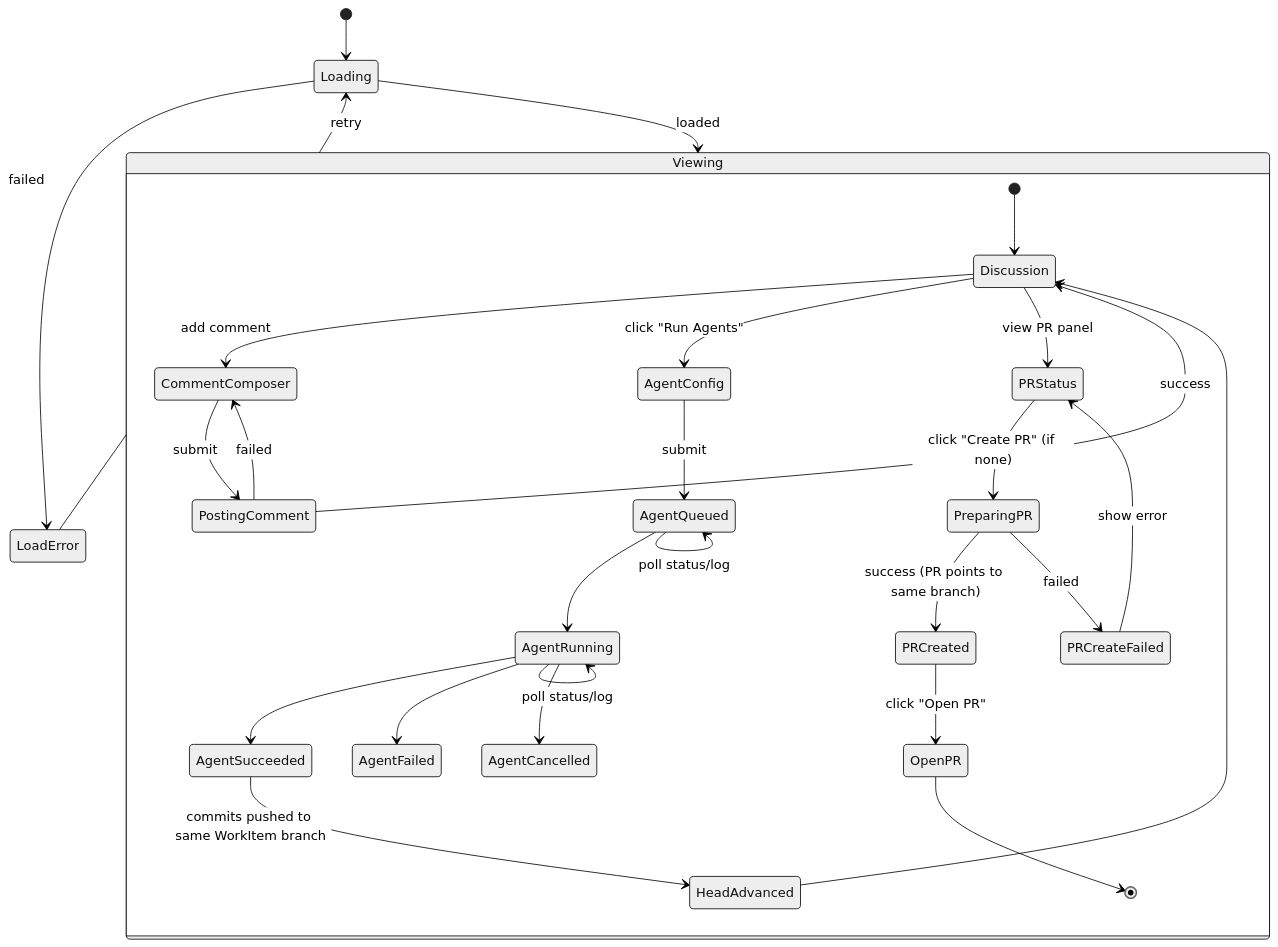
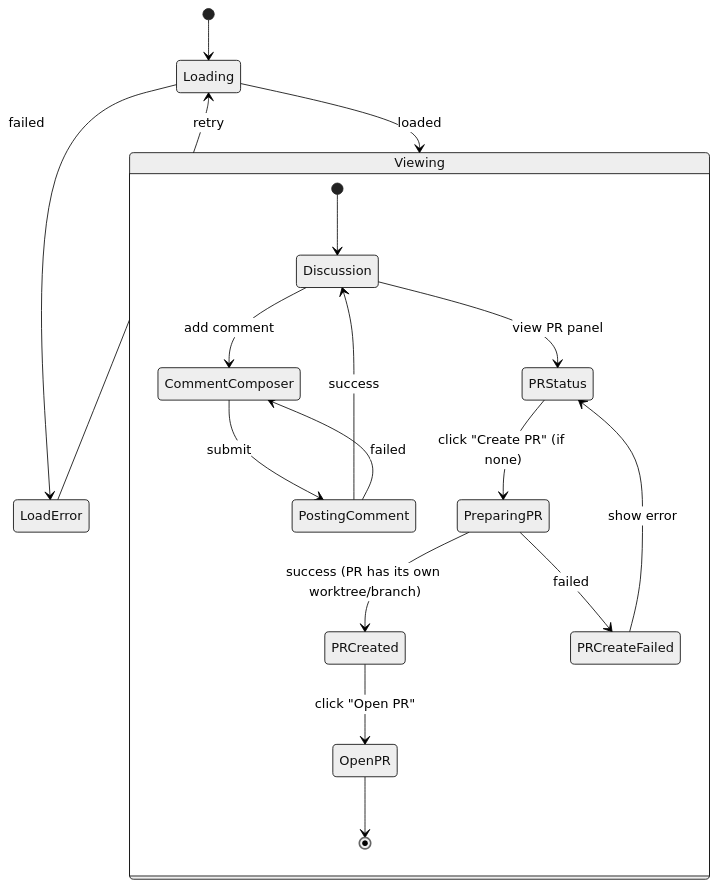
Before and after one commit to LaurenceLong/git-vibe: the fifth of 7 diagrams in FRONTEND_UML.md, drawn with Mermaid (neutral theme). The commit also changed other lines of this file and 22 other files, not shown here.

````diff
--- a/FRONTEND_UML.md
+++ b/FRONTEND_UML.md
@@ -129,40 +135,26 @@
 ```mermaid
 stateDiagram-v2
   [*] --> Loading
   Loading --> Viewing: loaded
   Loading --> LoadError: failed
   LoadError --> Loading: retry
 
   state Viewing {
     [*] --> Discussion
 
     Discussion --> CommentComposer: add comment
     CommentComposer --> PostingComment: submit
     PostingComment --> Discussion: success
     PostingComment --> CommentComposer: failed
 
-    %% Agent run on the WorkItem branch/worktree
-    Discussion --> AgentConfig: click "Run Agents"
-    AgentConfig --> AgentQueued: submit
-    AgentQueued --> AgentRunning
-    AgentRunning --> AgentSucceeded
-    AgentRunning --> AgentFailed
-    AgentRunning --> AgentCancelled
-
-    AgentQueued --> AgentQueued: poll status/log
-    AgentRunning --> AgentRunning: poll status/log
-
-    AgentSucceeded --> HeadAdvanced: commits pushed to same WorkItem branch
-    HeadAdvanced --> Discussion
-
-    %% PR creation or linking
+    %% PR creation (WorkItems do NOT have worktrees - PRs own worktrees)
     Discussion --> PRStatus: view PR panel
     PRStatus --> PreparingPR: click "Create PR" (if none)
-    PreparingPR --> PRCreated: success (PR points to same branch)
+    PreparingPR --> PRCreated: success (PR has its own worktree/branch)
     PreparingPR --> PRCreateFailed: failed
     PRCreateFailed --> PRStatus: show error
 
     PRCreated --> OpenPR: click "Open PR"
     OpenPR --> [*]
   }
 ```
````
